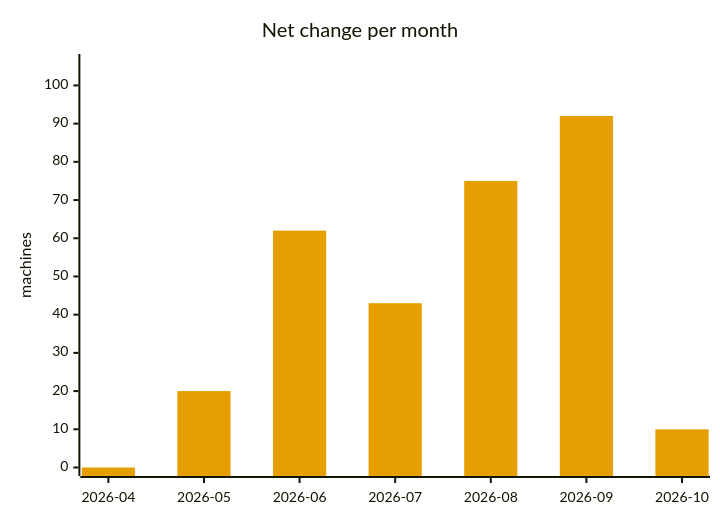
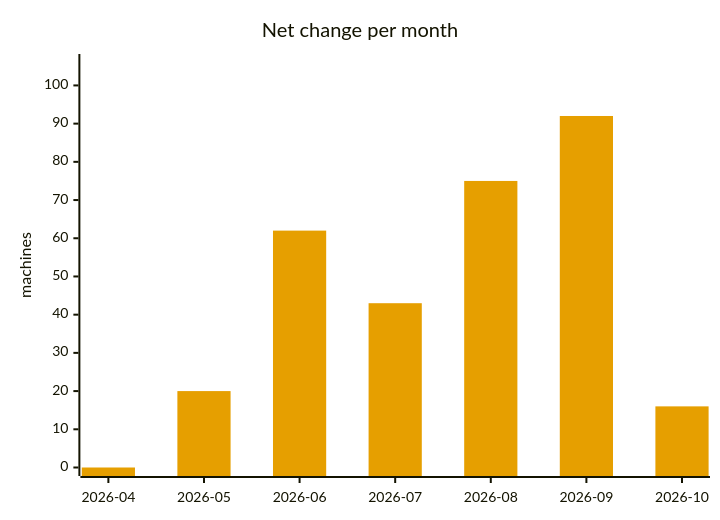
One commit to cheeaun/returnright-data changed the fifth of 5 diagrams in ANALYSIS.md. Above: the diagram before and after it, drawn with Mermaid. The commit also changed other lines of this file and 4 other files, not shown here.

````diff
--- a/ANALYSIS.md
+++ b/ANALYSIS.md
@@ -263,13 +263,13 @@
 ```mermaid
 ---
 config:
   themeVariables:
     xyChart:
       plotColorPalette: "#E69F00"
 ---
 xychart-beta
     title "Net change per month"
     x-axis ["2026-04", "2026-05", "2026-06", "2026-07", "2026-08", "2026-09", "2026-10"]
     y-axis "machines" 0 --> 106
-    bar [0, 20, 62, 43, 75, 92, 10]
+    bar [0, 20, 62, 43, 75, 92, 16]
 ```
````
